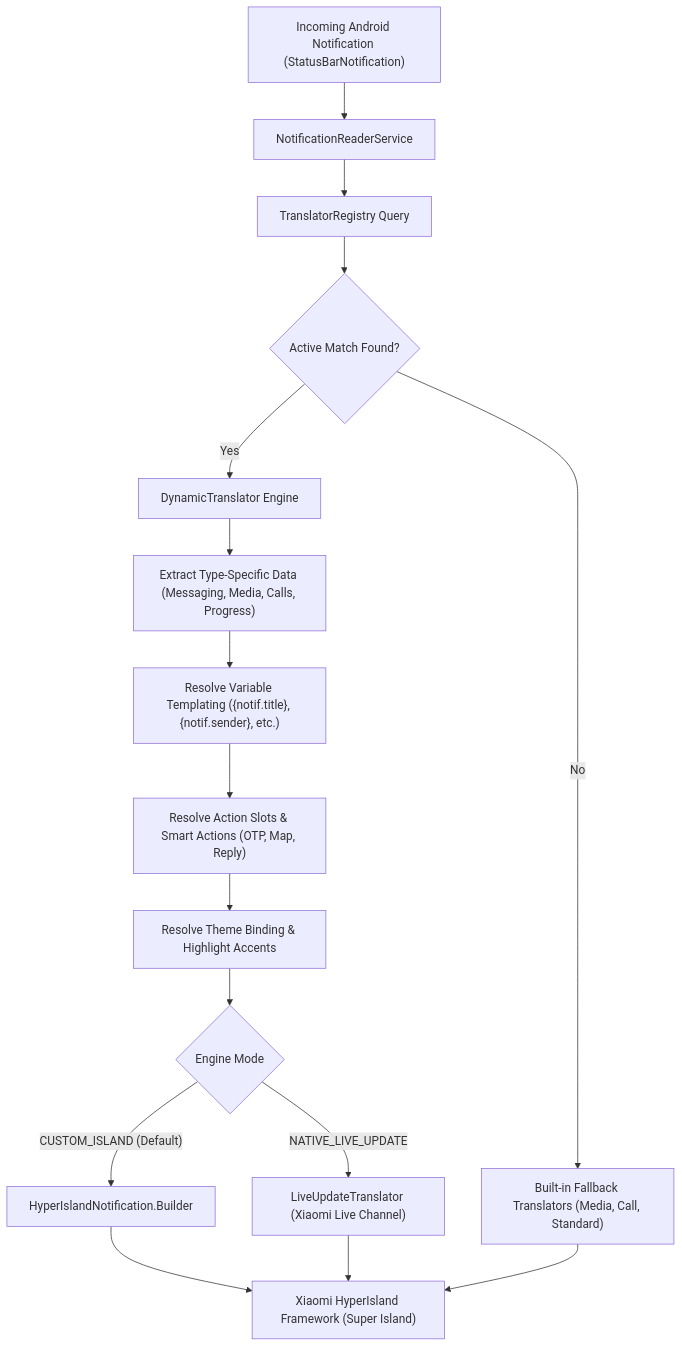
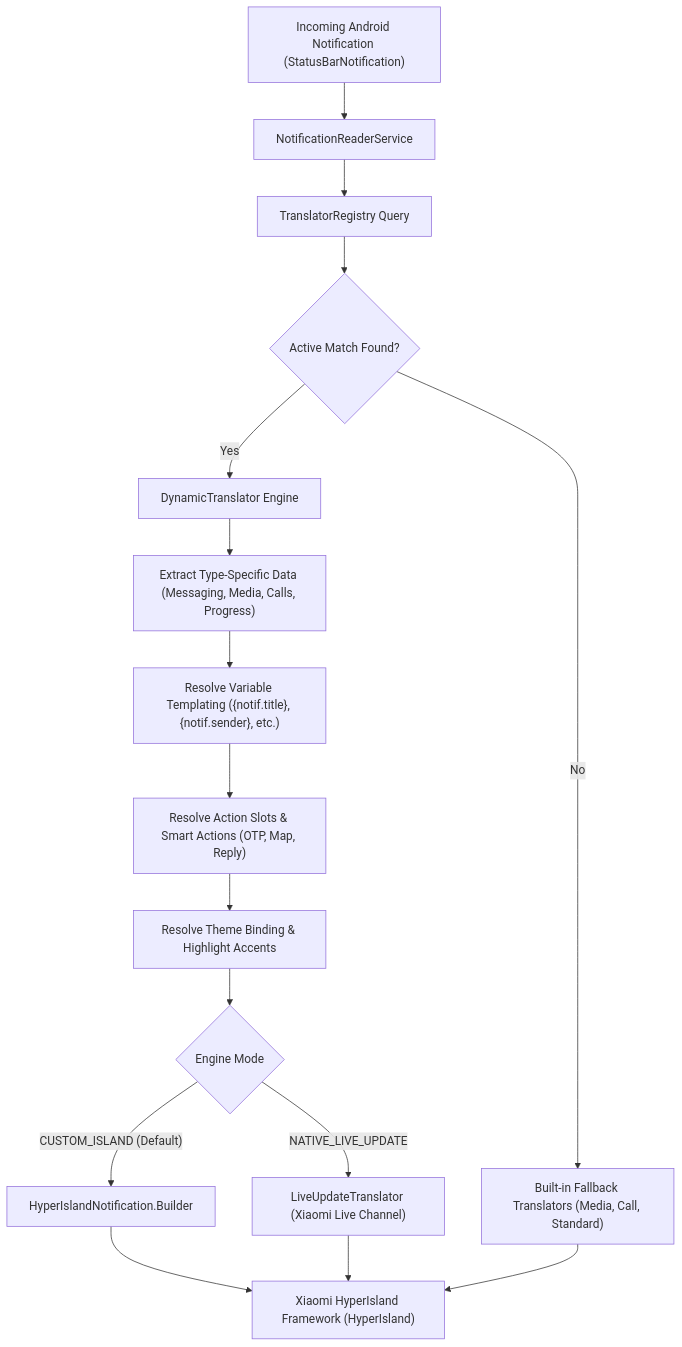
One commit to D4vidDf/HyperBridge-Site changed the diagram in content/docs/advanced/translators-specification.md. Above: the diagram before and after it, drawn with Mermaid. The commit also changed other lines of this file and 14 other files, not shown here.

Commit message:
docs: update terminology from Super Island to official Xiaomi HyperIsland

````diff
--- a/content/docs/advanced/translators-specification.md
+++ b/content/docs/advanced/translators-specification.md
@@ -18,22 +18,22 @@
 ```mermaid
 flowchart TD
     A["Incoming Android Notification (StatusBarNotification)"] --> B["NotificationReaderService"]
     B --> C["TranslatorRegistry Query"]
     C --> D{"Active Match Found?"}
     
     D -- Yes --> E["DynamicTranslator Engine"]
     D -- No --> F["Built-in Fallback Translators (Media, Call, Standard)"]
     
     E --> G["Extract Type-Specific Data (Messaging, Media, Calls, Progress)"]
     G --> H["Resolve Variable Templating ({notif.title}, {notif.sender}, etc.)"]
     H --> I["Resolve Action Slots & Smart Actions (OTP, Map, Reply)"]
     I --> J["Resolve Theme Binding & Highlight Accents"]
     J --> K{"Engine Mode"}
     
     K -- "CUSTOM_ISLAND (Default)" --> L["HyperIslandNotification.Builder"]
     K -- "NATIVE_LIVE_UPDATE" --> M["LiveUpdateTranslator (Xiaomi Live Channel)"]
     
-    L --> N["Xiaomi HyperIsland Framework (Super Island)"]
+    L --> N["Xiaomi HyperIsland Framework (HyperIsland)"]
     M --> N
     F --> N
 ```
````
